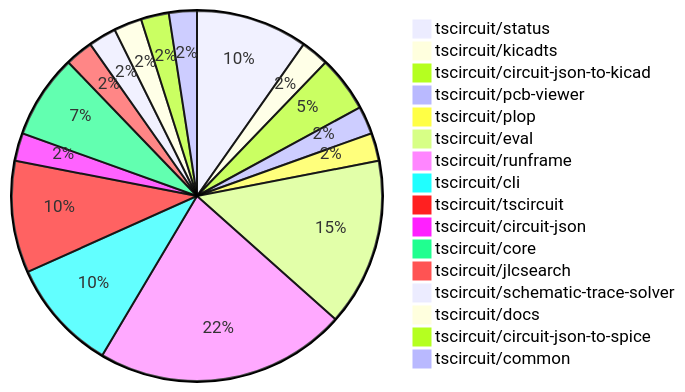
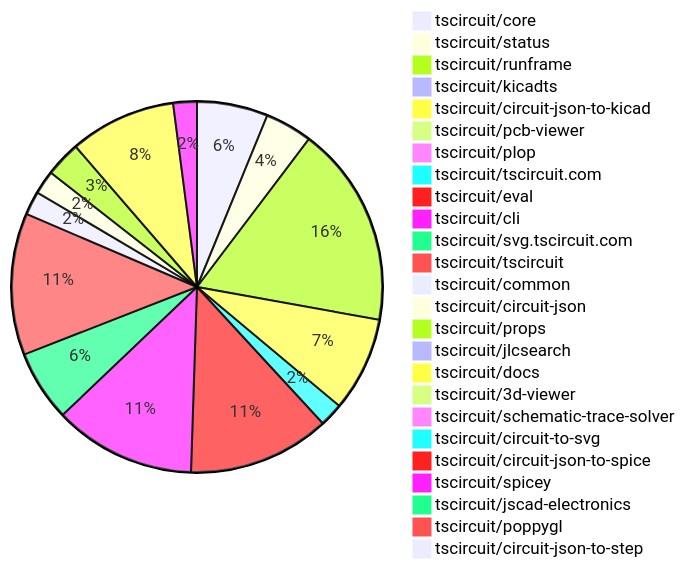
The first of 2 diagrams in README.md (tscircuit/contribution-tracker), drawn with Mermaid before and after one commit. The commit also changed other lines of this file and 3 other files, not shown here.

````diff
--- a/README.md
+++ b/README.md
@@ -29,19 +29,28 @@
 ```mermaid
 pie
+    "tscircuit/core" : 6
     "tscircuit/status" : 4
+    "tscircuit/runframe" : 17
     "tscircuit/kicadts" : 1
-    "tscircuit/circuit-json-to-kicad" : 2
+    "tscircuit/circuit-json-to-kicad" : 8
     "tscircuit/pcb-viewer" : 1
     "tscircuit/plop" : 1
-    "tscircuit/eval" : 6
-    "tscircuit/runframe" : 9
-    "tscircuit/cli" : 4
-    "tscircuit/tscircuit" : 4
-    "tscircuit/circuit-json" : 1
-    "tscircuit/core" : 3
+    "tscircuit/tscircuit.com" : 2
+    "tscircuit/eval" : 12
+    "tscircuit/cli" : 12
+    "tscircuit/svg.tscircuit.com" : 6
+    "tscircuit/tscircuit" : 12
+    "tscircuit/common" : 2
+    "tscircuit/circuit-json" : 2
+    "tscircuit/props" : 3
     "tscircuit/jlcsearch" : 1
+    "tscircuit/docs" : 9
+    "tscircuit/3d-viewer" : 1
     "tscircuit/schematic-trace-solver" : 1
-    "tscircuit/docs" : 1
+    "tscircuit/circuit-to-svg" : 1
     "tscircuit/circuit-json-to-spice" : 1
-    "tscircuit/common" : 1
+    "tscircuit/spicey" : 2
+    "tscircuit/jscad-electronics" : 1
+    "tscircuit/poppygl" : 1
+    "tscircuit/circuit-json-to-step" : 1
 ```
````
